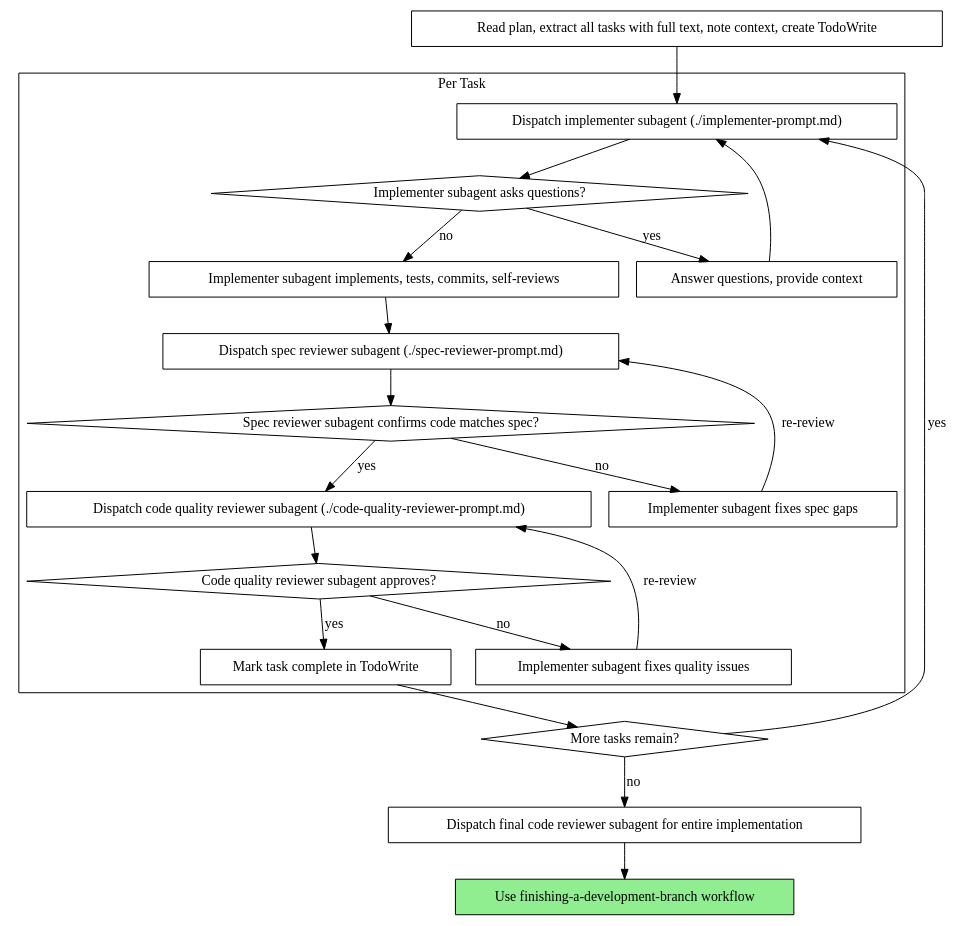
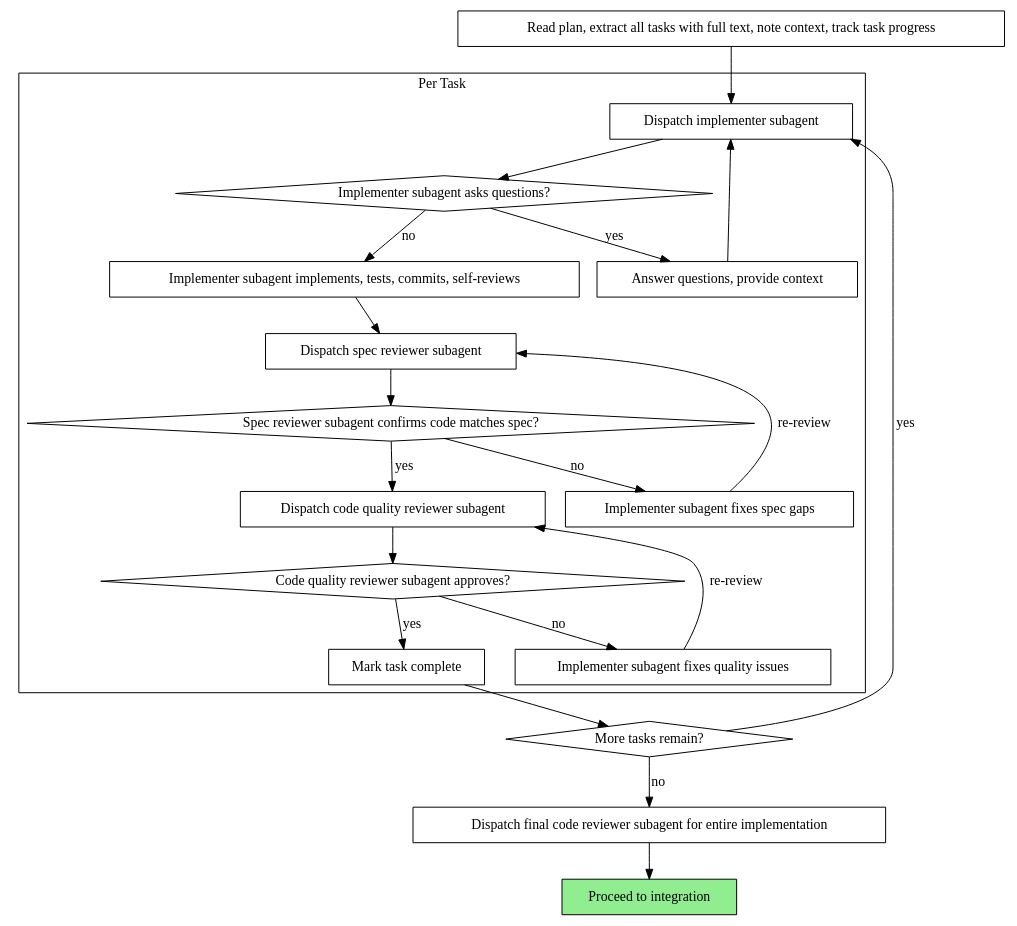
One commit to circld/dotfiles changed the second of 2 diagrams in external/opencode/skills/subagent-driven-development/SKILL.md. Above: the diagram before and after it, drawn with Graphviz. The commit also changed other lines of this file and 17 other files, not shown here.

First line of the commit message:
refactor all skills: strip cross-refs, remove Integration sections, client-agnostic

````diff
--- a/external/opencode/skills/subagent-driven-development/SKILL.md
+++ b/external/opencode/skills/subagent-driven-development/SKILL.md
@@ -40,44 +40,44 @@
 ```dot
 digraph process {
     rankdir=TB;
 
     subgraph cluster_per_task {
         label="Per Task";
-        "Dispatch implementer subagent (./implementer-prompt.md)" [shape=box];
+        "Dispatch implementer subagent" [shape=box];
         "Implementer subagent asks questions?" [shape=diamond];
         "Answer questions, provide context" [shape=box];
         "Implementer subagent implements, tests, commits, self-reviews" [shape=box];
-        "Dispatch spec reviewer subagent (./spec-reviewer-prompt.md)" [shape=box];
+        "Dispatch spec reviewer subagent" [shape=box];
         "Spec reviewer subagent confirms code matches spec?" [shape=diamond];
         "Implementer subagent fixes spec gaps" [shape=box];
-        "Dispatch code quality reviewer subagent (./code-quality-reviewer-prompt.md)" [shape=box];
+        "Dispatch code quality reviewer subagent" [shape=box];
         "Code quality reviewer subagent approves?" [shape=diamond];
         "Implementer subagent fixes quality issues" [shape=box];
-        "Mark task complete in TodoWrite" [shape=box];
+        "Mark task complete" [shape=box];
     }
 
-    "Read plan, extract all tasks with full text, note context, create TodoWrite" [shape=box];
+    "Read plan, extract all tasks with full text, note context, track task progress" [shape=box];
     "More tasks remain?" [shape=diamond];
     "Dispatch final code reviewer subagent for entire implementation" [shape=box];
-    "Use finishing-a-development-branch workflow" [shape=box style=filled fillcolor=lightgreen];
+    "Proceed to integration" [shape=box style=filled fillcolor=lightgreen];
 
-    "Read plan, extract all tasks with full text, note context, create TodoWrite" -> "Dispatch implementer subagent (./implementer-prompt.md)";
-    "Dispatch implementer subagent (./implementer-prompt.md)" -> "Implementer subagent asks questions?";
+    "Read plan, extract all tasks with full text, note context, track task progress" -> "Dispatch implementer subagent";
+    "Dispatch implementer subagent" -> "Implementer subagent asks questions?";
     "Implementer subagent asks questions?" -> "Answer questions, provide context" [label="yes"];
-    "Answer questions, provide context" -> "Dispatch implementer subagent (./implementer-prompt.md)";
+    "Answer questions, provide context" -> "Dispatch implementer subagent";
     "Implementer subagent asks questions?" -> "Implementer subagent implements, tests, commits, self-reviews" [label="no"];
-    "Implementer subagent implements, tests, commits, self-reviews" -> "Dispatch spec reviewer subagent (./spec-reviewer-prompt.md)";
-    "Dispatch spec reviewer subagent (./spec-reviewer-prompt.md)" -> "Spec reviewer subagent confirms code matches spec?";
+    "Implementer subagent implements, tests, commits, self-reviews" -> "Dispatch spec reviewer subagent";
+    "Dispatch spec reviewer subagent" -> "Spec reviewer subagent confirms code matches spec?";
     "Spec reviewer subagent confirms code matches spec?" -> "Implementer subagent fixes spec gaps" [label="no"];
-    "Implementer subagent fixes spec gaps" -> "Dispatch spec reviewer subagent (./spec-reviewer-prompt.md)" [label="re-review"];
-    "Spec reviewer subagent confirms code matches spec?" -> "Dispatch code quality reviewer subagent (./code-quality-reviewer-prompt.md)" [label="yes"];
-    "Dispatch code quality reviewer subagent (./code-quality-reviewer-prompt.md)" -> "Code quality reviewer subagent approves?";
+    "Implementer subagent fixes spec gaps" -> "Dispatch spec reviewer subagent" [label="re-review"];
+    "Spec reviewer subagent confirms code matches spec?" -> "Dispatch code quality reviewer subagent" [label="yes"];
+    "Dispatch code quality reviewer subagent" -> "Code quality reviewer subagent approves?";
     "Code quality reviewer subagent approves?" -> "Implementer subagent fixes quality issues" [label="no"];
-    "Implementer subagent fixes quality issues" -> "Dispatch code quality reviewer subagent (./code-quality-reviewer-prompt.md)" [label="re-review"];
-    "Code quality reviewer subagent approves?" -> "Mark task complete in TodoWrite" [label="yes"];
-    "Mark task complete in TodoWrite" -> "More tasks remain?";
-    "More tasks remain?" -> "Dispatch implementer subagent (./implementer-prompt.md)" [label="yes"];
+    "Implementer subagent fixes quality issues" -> "Dispatch code quality reviewer subagent" [label="re-review"];
+    "Code quality reviewer subagent approves?" -> "Mark task complete" [label="yes"];
+    "Mark task complete" -> "More tasks remain?";
+    "More tasks remain?" -> "Dispatch implementer subagent" [label="yes"];
     "More tasks remain?" -> "Dispatch final code reviewer subagent for entire implementation" [label="no"];
-    "Dispatch final code reviewer subagent for entire implementation" -> "Use finishing-a-development-branch workflow";
+    "Dispatch final code reviewer subagent for entire implementation" -> "Proceed to integration";
 }
 ```
````
